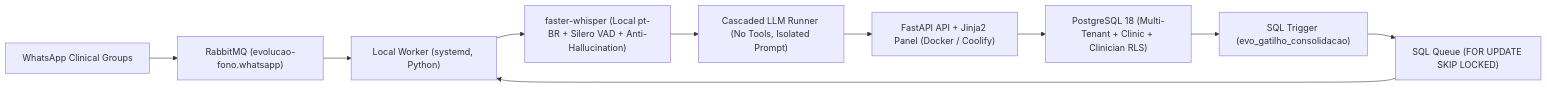
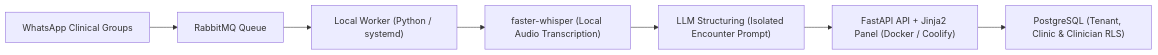
One commit to antonyandrade01/skorp-clinic changed the diagram in README.md. Above: the diagram before and after it, drawn with Mermaid. The commit also changed other lines of this file, not shown here.

````diff
--- a/README.md
+++ b/README.md
@@ -15,12 +15,9 @@
 ```mermaid
 flowchart LR
-    WA["WhatsApp Clinical Groups"] --> RMQ["RabbitMQ (evolucao-fono.whatsapp)"]
-    RMQ --> WRK["Local Worker (systemd, Python)"]
-    WRK --> WH["faster-whisper (Local pt-BR + Silero VAD + Anti-Hallucination)"]
-    WH --> LLM["Cascaded LLM Runner (No Tools, Isolated Prompt)"]
+    WA["WhatsApp Clinical Groups"] --> RMQ["RabbitMQ Queue"]
+    RMQ --> WRK["Local Worker (Python / systemd)"]
+    WRK --> WH["faster-whisper (Local Audio Transcription)"]
+    WH --> LLM["LLM Structuring (Isolated Encounter Prompt)"]
     LLM --> API["FastAPI API + Jinja2 Panel (Docker / Coolify)"]
-    API --> PG["PostgreSQL 18 (Multi-Tenant + Clinic + Clinician RLS)"]
-    PG --> TRG["SQL Trigger (evo_gatilho_consolidacao)"]
-    TRG --> Q["SQL Queue (FOR UPDATE SKIP LOCKED)"]
-    Q --> WRK
+    API --> PG["PostgreSQL (Tenant, Clinic & Clinician RLS)"]
 ```
````
